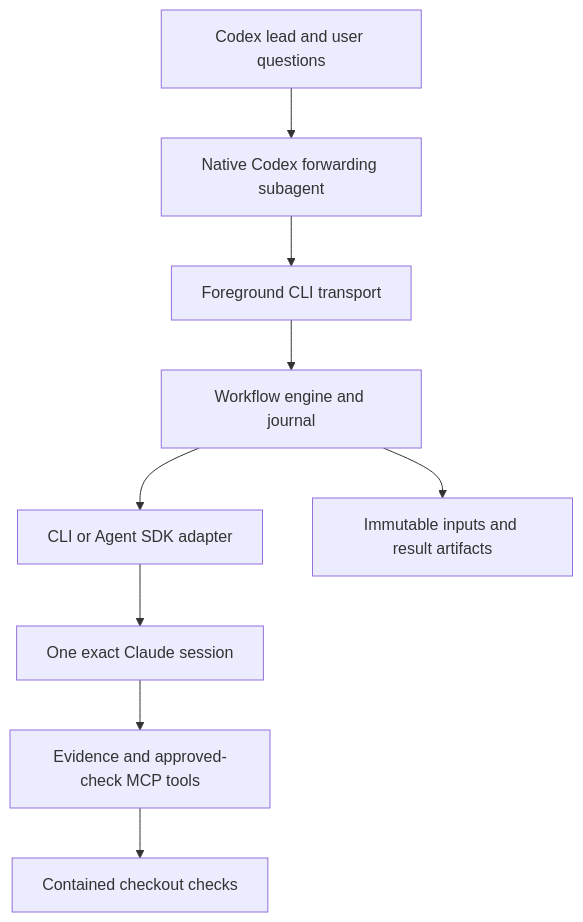
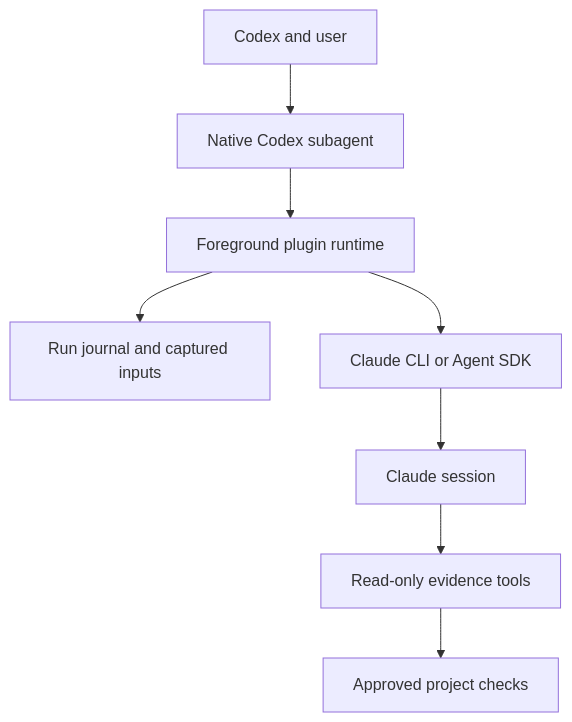
The diagram in docs/architecture.md (skriptit/codex-claude-plugin), drawn with Mermaid before and after one commit. The commit also changed other lines of this file and 47 other files, not shown here.

````diff
--- a/docs/architecture.md
+++ b/docs/architecture.md
@@ -5,11 +5,10 @@
 ```mermaid
 flowchart TD
-  Lead[Codex lead and user questions] --> Relay[Native Codex forwarding subagent]
-  Relay --> CLI[Foreground CLI transport]
-  CLI --> Engine[Workflow engine and journal]
-  Engine --> Provider[CLI or Agent SDK adapter]
-  Provider --> Claude[One exact Claude session]
-  Claude --> MCP[Evidence and approved-check MCP tools]
-  Engine --> Artifacts[Immutable inputs and result artifacts]
-  MCP --> Checks[Contained checkout checks]
+  Lead[Codex and user] --> Relay[Native Codex subagent]
+  Relay --> CLI[Foreground plugin runtime]
+  CLI --> Journal[Run journal and captured inputs]
+  CLI --> Provider[Claude CLI or Agent SDK]
+  Provider --> Claude[Claude session]
+  Claude --> MCP[Read-only evidence tools]
+  MCP --> Checks[Approved project checks]
 ```
````
